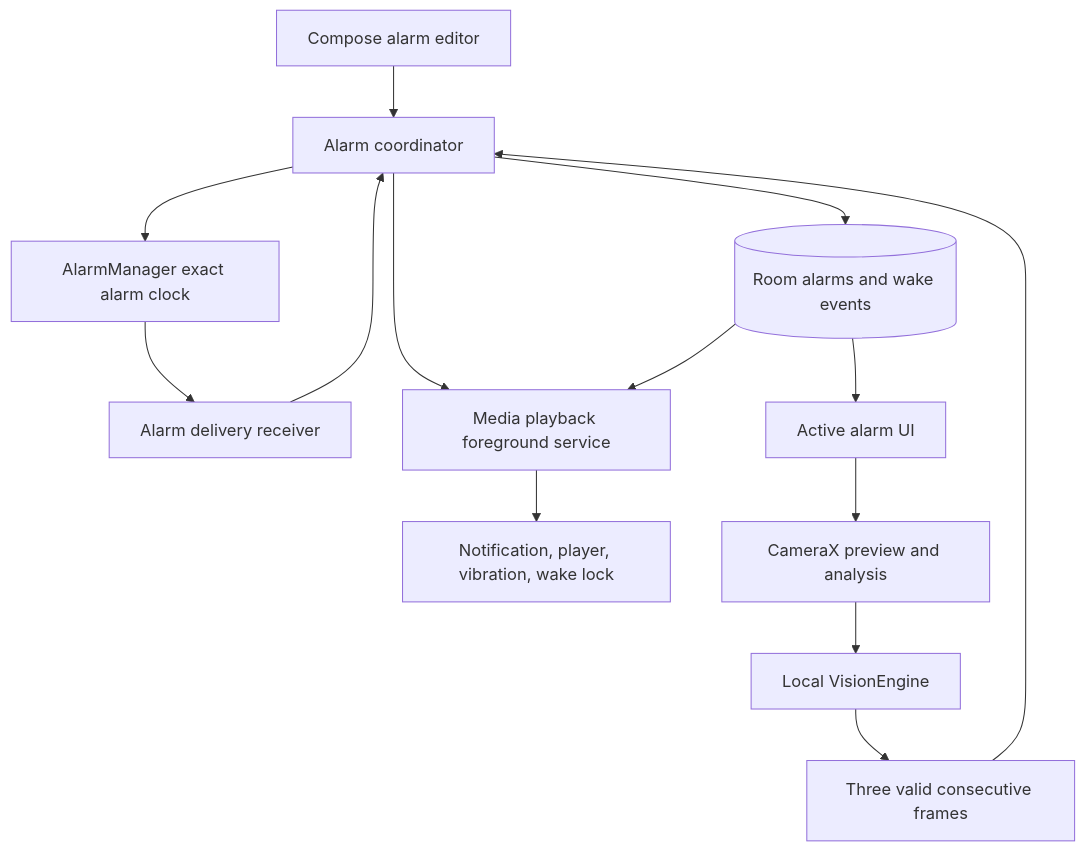
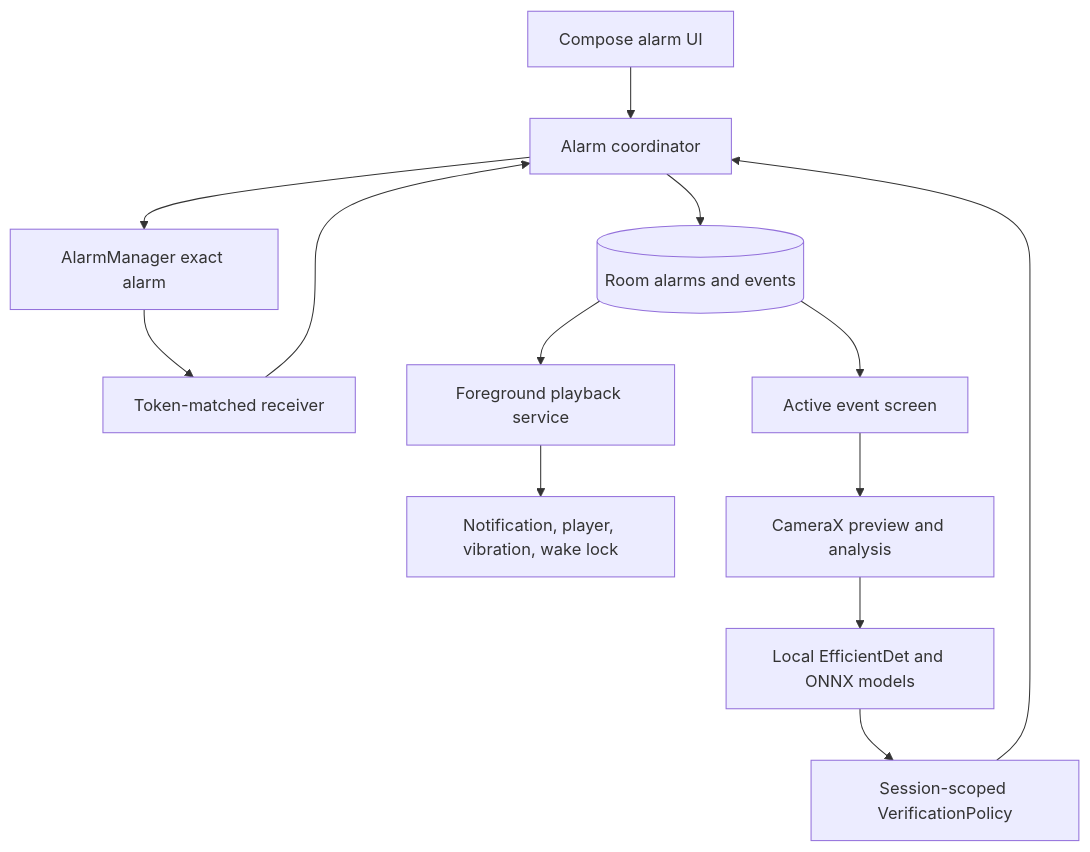
One commit to miku-wwl/WakeGuard changed the first of 2 diagrams in docs/ARCHITECTURE.md. Above: the diagram before and after it, drawn with Mermaid. The commit also changed other lines of this file and 38 other files, not shown here.

````diff
--- a/docs/ARCHITECTURE.md
+++ b/docs/ARCHITECTURE.md
@@ -5,16 +5,15 @@
 ```mermaid
 flowchart TD
-    UI[Compose alarm editor] --> Coordinator[Alarm coordinator]
-    Coordinator --> Room[(Room alarms and wake events)]
-    Coordinator --> OS[AlarmManager exact alarm clock]
-    OS --> Trigger[Alarm delivery receiver]
+    UI[Compose alarm UI] --> Coordinator[Alarm coordinator]
+    Coordinator --> Room[(Room alarms and events)]
+    Coordinator --> OS[AlarmManager exact alarm]
+    OS --> Trigger[Token-matched receiver]
     Trigger --> Coordinator
-    Coordinator --> Service[Media playback foreground service]
-    Room --> Service
-    Room --> Active[Active alarm UI]
+    Room --> Service[Foreground playback service]
     Service --> Resources[Notification, player, vibration, wake lock]
+    Room --> Active[Active event screen]
     Active --> Camera[CameraX preview and analysis]
-    Camera --> Engine[Local VisionEngine]
-    Engine --> Evaluator[Three valid consecutive frames]
-    Evaluator --> Coordinator
+    Camera --> Engine[Local EfficientDet and ONNX models]
+    Engine --> Policy[Session-scoped VerificationPolicy]
+    Policy --> Coordinator
 ```
````
